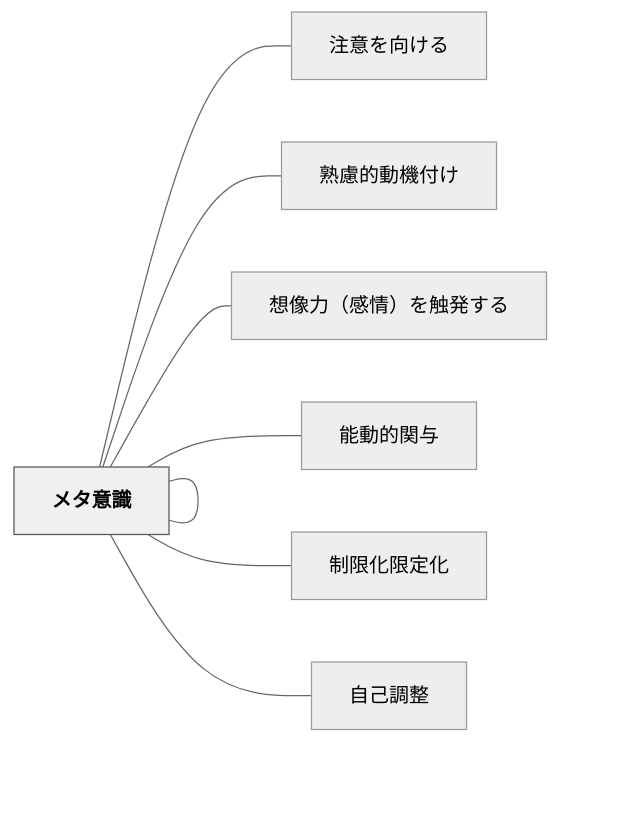
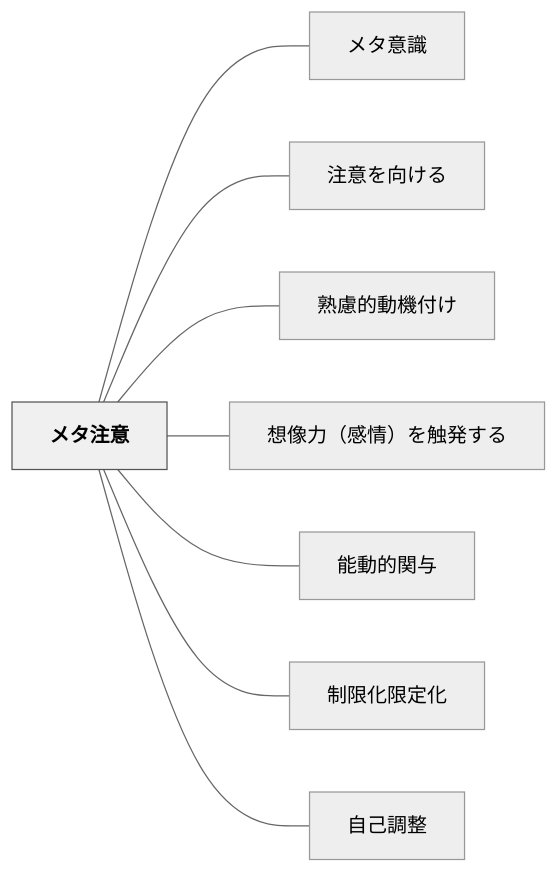
The diagram in content/パタン/メタ注意.md (unknownthings-ed-patterns/unknownthings-ed-patterns), drawn with Mermaid (neutral theme) before and after one commit. The commit also changed 527 other files, not shown here.

````diff
--- a/content/パタン/メタ注意.md
+++ b/content/パタン/メタ注意.md
@@ -67,22 +67,22 @@
 ```mermaid
 flowchart LR
-    ne383a1e382bf["メタ注意"]
-    ne383a1e382bf["メタ意識"]
-    ne6b3a8e6848f["注意を向ける"]
-    ne7869fe685ae["熟慮的動機付け"]
-    ne683b3e5838f["想像力（感情）を触発する"]
-    ne883bde58b95["能動的関与"]
-    ne588b6e99990["制限化限定化"]
-    ne887aae5b7b1["自己調整"]
+    ne383a1e382bfe6b3a8e6848f["メタ注意"]
+    ne383a1e382bfe6848fe8ad98["メタ意識"]
+    ne6b3a8e6848fe38292e59091e38191e3828b["注意を向ける"]
+    ne7869fe685aee79a84e58b95e6a99fe4bb98e38191["熟慮的動機付け"]
+    ne683b3e5838fe58a9befbc88e6849fe68385efbc89e38292e8a7a6e799bae38199e3828b["想像力（感情）を触発する"]
+    ne883bde58b95e79a84e996a2e4b88e["能動的関与"]
+    ne588b6e99990e58c96e99990e5ae9ae58c96["制限化限定化"]
+    ne887aae5b7b1e8aabfe695b4["自己調整"]
 
-    ne383a1e382bf --- ne383a1e382bf
-    ne383a1e382bf --- ne6b3a8e6848f
-    ne383a1e382bf --- ne7869fe685ae
-    ne383a1e382bf --- ne683b3e5838f
-    ne383a1e382bf --- ne883bde58b95
-    ne383a1e382bf --- ne588b6e99990
-    ne383a1e382bf --- ne887aae5b7b1
+    ne383a1e382bfe6b3a8e6848f --- ne383a1e382bfe6848fe8ad98
+    ne383a1e382bfe6b3a8e6848f --- ne6b3a8e6848fe38292e59091e38191e3828b
+    ne383a1e382bfe6b3a8e6848f --- ne7869fe685aee79a84e58b95e6a99fe4bb98e38191
+    ne383a1e382bfe6b3a8e6848f --- ne683b3e5838fe58a9befbc88e6849fe68385efbc89e38292e8a7a6e799bae38199e3828b
+    ne383a1e382bfe6b3a8e6848f --- ne883bde58b95e79a84e996a2e4b88e
+    ne383a1e382bfe6b3a8e6848f --- ne588b6e99990e58c96e99990e5ae9ae58c96
+    ne383a1e382bfe6b3a8e6848f --- ne887aae5b7b1e8aabfe695b4
 
     classDef hub fill:#f0f0f0,stroke:#555,color:#000,font-weight:bold
-    class ne383a1e382bf hub
+    class ne383a1e382bfe6b3a8e6848f hub
 ```
````
